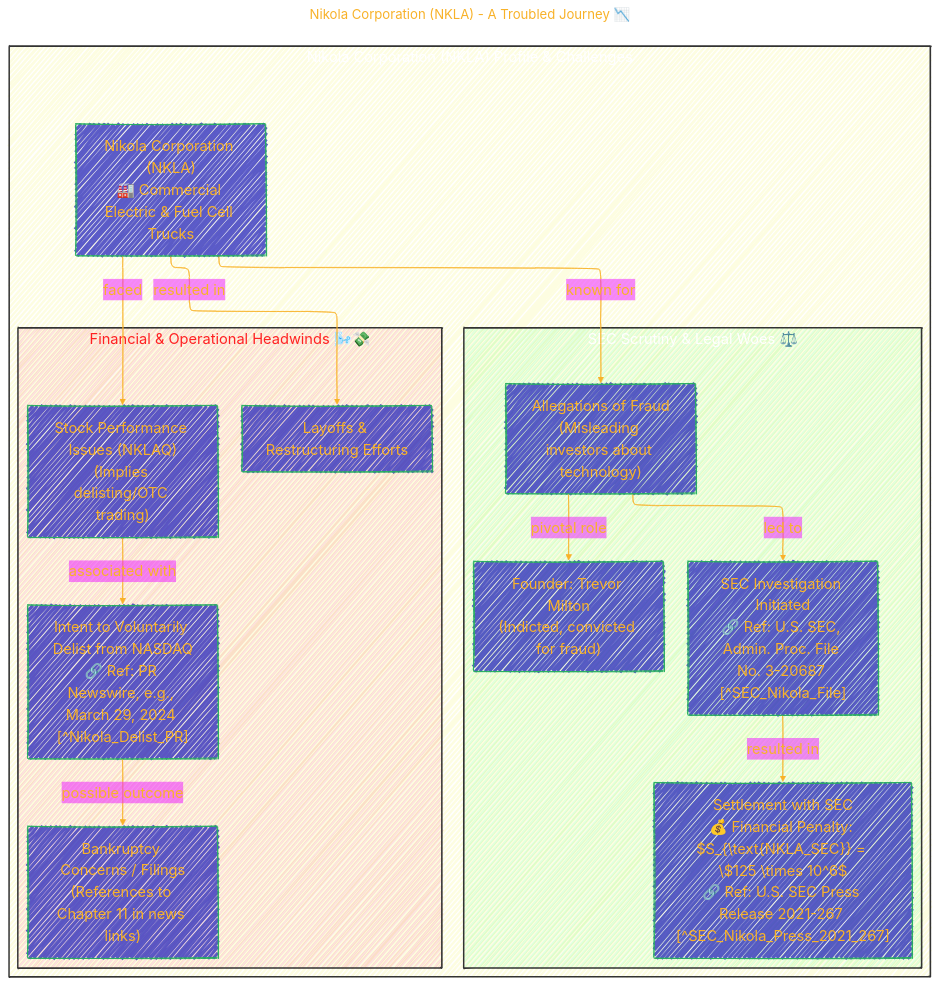
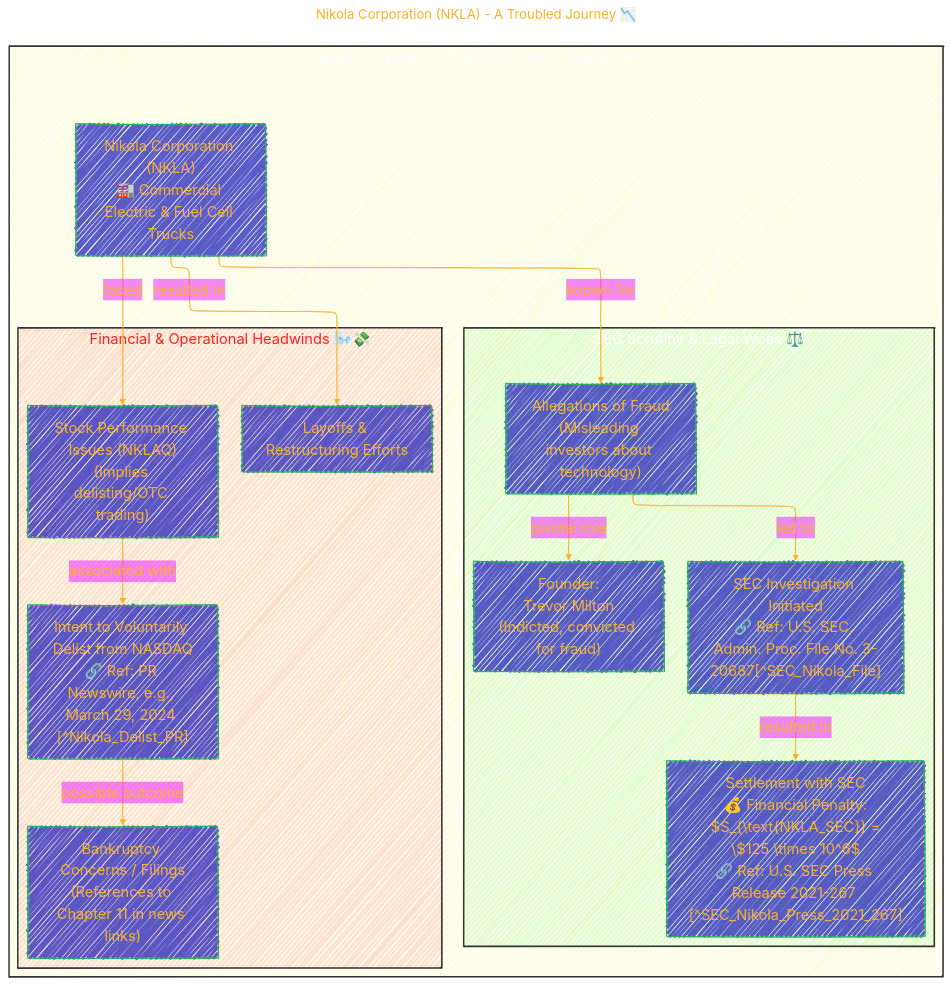
The second of 5 diagrams in README.md (CongLeSolutionX/Nikola_Tesla), drawn with Mermaid before and after one commit.

````diff
--- a/README.md
+++ b/README.md
@@ -110,64 +110,64 @@
 ```mermaid
 ---
 title: "Nikola Corporation (NKLA) - A Troubled Journey 📉"
 author: "Cong Le"
 version: "1.0"
 license(s): "MIT, CC BY-SA 4.0"
 copyright: "Copyright (c) 2025 Cong Le. All Rights Reserved."
 config:
   layout: elk
   theme: base
   look: handDrawn
 ---
 %%%%%%%% Mermaid version v11.4.1-b.14
 %%%%%%%% Available curve styles include the following keywords:
 %% basis, bumpX, bumpY, cardinal, catmullRom, linear, monotoneX, monotoneY, natural, step, stepAfter, stepBefore.
 %%{
   init: {
     'flowchart': { 'htmlLabels': true, 'curve': 'basis' },
     'fontFamily': 'American Typewriter, monospace',
     'logLevel': 'fatal',
     'themeVariables': {
       'primaryColor': '#22BB',
       'primaryTextColor': '#F8B229',
       'lineColor': '#F8B229',
       'primaryBorderColor': '#27AE60',
       'secondaryColor': '#E2F1',
       'secondaryTextColor': '#6C3483',
       'secondaryBorderColor': '#A569BD',
       'fontSize': '20px'
     }
   }
 }%%
 flowchart TD
     subgraph NKLA_Profile_Challenges["Nikola Corporation (NKLA) Profile & Challenges"]
     direction LR
     style NKLA_Profile_Challenges fill:#ee22,stroke:#333,stroke-width:2px, color: #FFFF
         A["Nikola Corporation (NKLA)<br/>🏭 Commercial Electric & Fuel Cell Trucks"]
 
-        subgraph SEC_Scrutiny ["SEC Scrutiny & Legal Woes ⚖️"]
+        subgraph SEC_Scrutiny["SEC Scrutiny & Legal Woes ⚖️"]
         style SEC_Scrutiny fill:#2F22,stroke:#333,stroke-width:2px, color: #FFFF
-            B["Allegations of Fraud<br>(Misleading investors about technology)"]
-            C["Founder: Trevor Milton<br>(Indicted, convicted for fraud)"]
-            D["SEC Investigation Initiated<br>🔗 Ref: U.S. SEC, Admin. Proc. File No. 3-20687 [^SEC_Nikola_File]"]
-            E["Settlement with SEC<br>💰 Financial Penalty: $S_{\text{NKLA_SEC}} = \$125 \times 10^6$<br>🔗 Ref: U.S. SEC Press Release 2021-267 [^SEC_Nikola_Press_2021_267]"]
+            B["Allegations of Fraud<br/>(Misleading investors about technology)"]
+            C["Founder:<br/>Trevor Milton<br/>(Indicted, convicted for fraud)"]
+            D["SEC Investigation Initiated<br>🔗 Ref: U.S. SEC, Admin. Proc. File No. 3-20687[^SEC_Nikola_File]"]
+            E["Settlement with SEC<br/>💰 Financial Penalty:<br/> $S_{\text{NKLA_SEC}} = \$125 \times 10^6$<br>🔗 Ref: U.S. SEC Press Release 2021-267 [^SEC_Nikola_Press_2021_267]"]
         end
 
-        subgraph Financial_Distress ["Financial & Operational Headwinds 🌬️💸"]
+        subgraph Financial_Distress["Financial & Operational Headwinds 🌬️💸"]
         style Financial_Distress fill:#E222,stroke:#333,stroke-width:2px, color: #F22F
-            F["Stock Performance Issues (NKLAQ)<br>(Implies delisting/OTC trading)"]
+            F["Stock Performance Issues (NKLAQ)<br/>(Implies delisting/OTC trading)"]
             G["Intent to Voluntarily Delist from NASDAQ<br>🔗 Ref: PR Newswire, e.g., March 29, 2024 [^Nikola_Delist_PR]"]
-            H["Bankruptcy Concerns / Filings<br>(References to Chapter 11 in news links)"]
+            H["Bankruptcy Concerns / Filings<br/>(References to Chapter 11 in news links)"]
             I["Layoffs & Restructuring Efforts"]
         end
 
         A -- known for --> B
         B -- pivotal role --> C
         B -- led to --> D
         D -- resulted in --> E
         A -- faced --> F
         F -- associated with --> G
         G -- possible outcome --> H
         A -- resulted in --> I
     end
 ```
````
